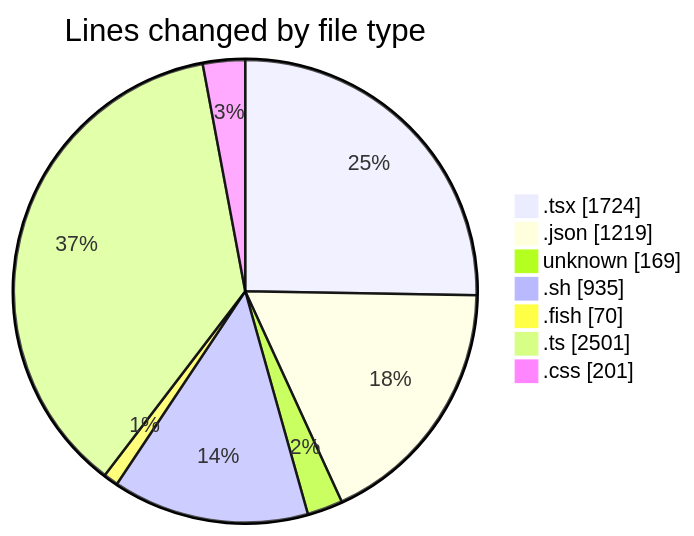
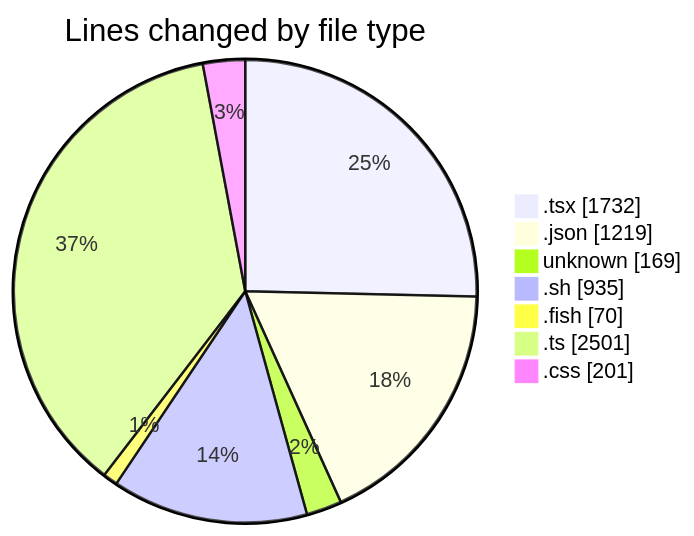
Before and after one commit to EIIisD/code-tracking: the first of 2 diagrams in 2025-07-17/ribbon/README.md, drawn with Mermaid. The commit also changed other lines of this file and 1 other file, not shown here.

````diff
--- a/2025-07-17/ribbon/README.md
+++ b/2025-07-17/ribbon/README.md
@@ -54,11 +54,11 @@
 ```mermaid
 pie showData
 title Lines changed by file type
-".tsx" : 1724
+".tsx" : 1732
 ".json" : 1219
 "unknown" : 169
 ".sh" : 935
 ".fish" : 70
 ".ts" : 2501
 ".css" : 201
 ```
````
